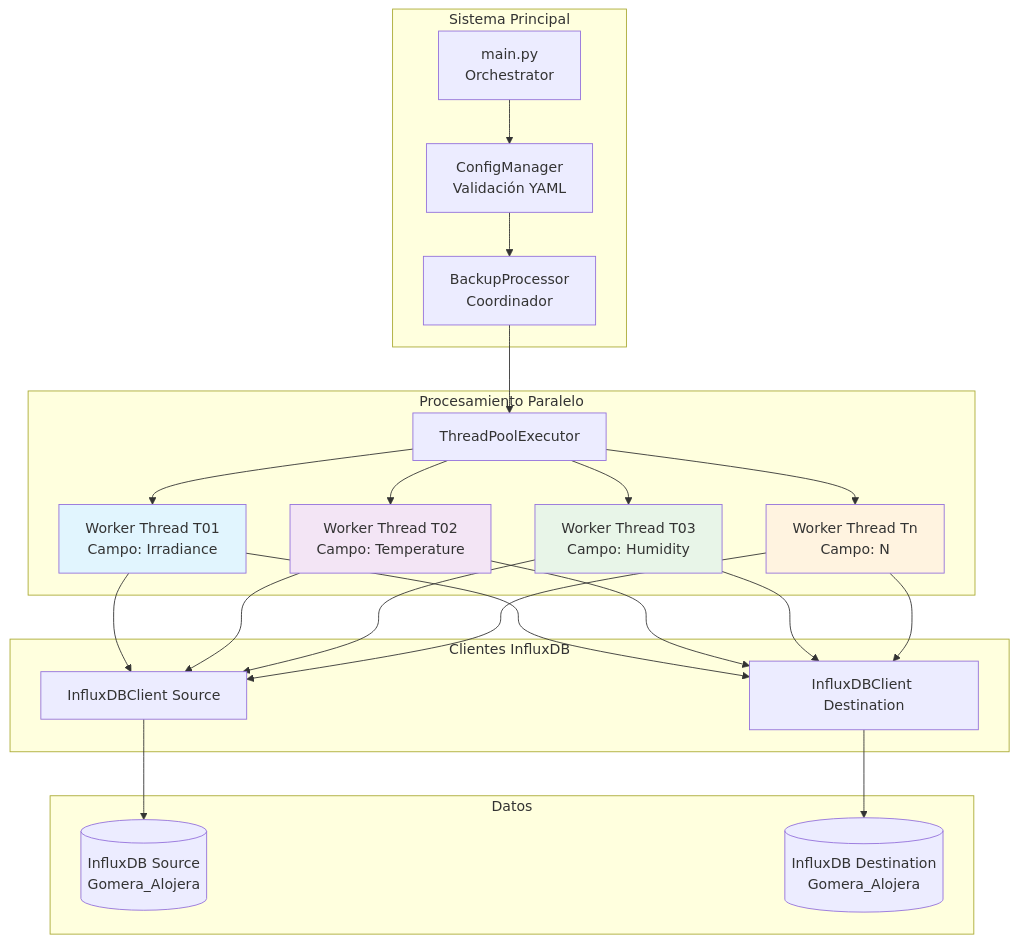
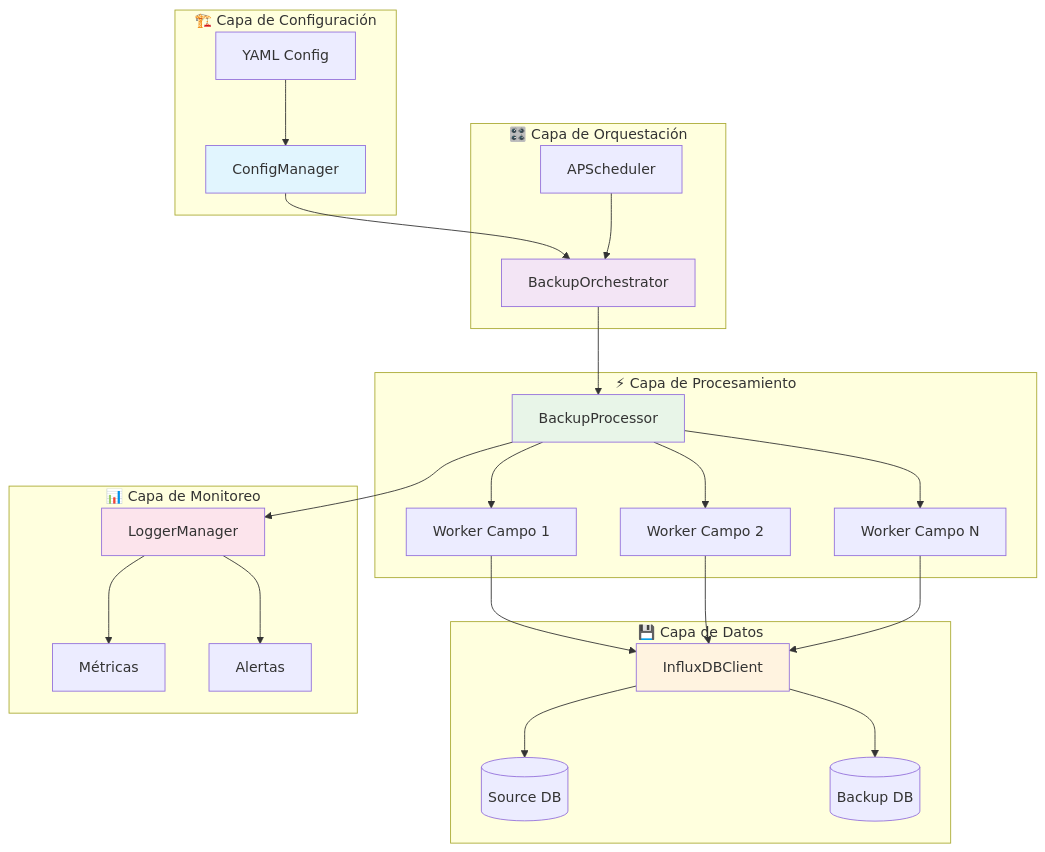
One commit to TacoronteRiveroCristian/backup-influxdb changed the first of 4 diagrams in README.md. Above: the diagram before and after it, drawn with Mermaid. The commit also changed other lines of this file and 22 other files, not shown here.

````diff
--- a/README.md
+++ b/README.md
@@ -32,49 +29,57 @@
 ```mermaid
 graph TB
-    subgraph "Sistema Principal"
-        A[main.py<br/>Orchestrator]
-        B[ConfigManager<br/>Validación YAML]
-        C[BackupProcessor<br/>Coordinador]
+    subgraph "🏗️ Capa de Configuración"
+        CM[ConfigManager]
+        YC[YAML Config]
     end
 
-    subgraph "Procesamiento Paralelo"
-        D[ThreadPoolExecutor]
-        E1[Worker Thread T01<br/>Campo: Irradiance]
-        E2[Worker Thread T02<br/>Campo: Temperature]
-        E3[Worker Thread T03<br/>Campo: Humidity]
-        En[Worker Thread Tn<br/>Campo: N]
+    subgraph "🎛️ Capa de Orquestación"
+        BO[BackupOrchestrator]
+        AS[APScheduler]
     end
 
-    subgraph "Clientes InfluxDB"
-        F[InfluxDBClient Source]
-        G[InfluxDBClient Destination]
+    subgraph "⚡ Capa de Procesamiento"
+        BP[BackupProcessor]
+        PW1[Worker Campo 1]
+        PW2[Worker Campo 2]
+        PWN[Worker Campo N]
     end
 
-    subgraph "Datos"
-        H[(InfluxDB Source<br/>Gomera_Alojera)]
-        I[(InfluxDB Destination<br/>Gomera_Alojera)]
+    subgraph "💾 Capa de Datos"
+        IC[InfluxDBClient]
+        SRC[(Source DB)]
+        DST[(Backup DB)]
     end
 
-    A --> B
-    B --> C
-    C --> D
-    D --> E1
-    D --> E2
-    D --> E3
-    D --> En
-    E1 --> F
-    E2 --> F
-    E3 --> F
-    En --> F
-    E1 --> G
-    E2 --> G
-    E3 --> G
-    En --> G
-    F --> H
-    G --> I
+    subgraph "📊 Capa de Monitoreo"
+        LM[LoggerManager]
+        MT[Métricas]
+        AL[Alertas]
+    end
 
-    style E1 fill:#e1f5fe
-    style E2 fill:#f3e5f5
-    style E3 fill:#e8f5e8
-    style En fill:#fff3e0
+    YC --> CM
+    CM --> BO
+    AS --> BO
+    BO --> BP
+
+    BP --> PW1
+    BP --> PW2
+    BP --> PWN
+
+    PW1 --> IC
+    PW2 --> IC
+    PWN --> IC
+
+    IC --> SRC
+    IC --> DST
+
+    BP --> LM
+    LM --> MT
+    LM --> AL
+
+    style CM fill:#e1f5fe
+    style BO fill:#f3e5f5
+    style BP fill:#e8f5e8
+    style IC fill:#fff3e0
+    style LM fill:#fce4ec
 ```
````
